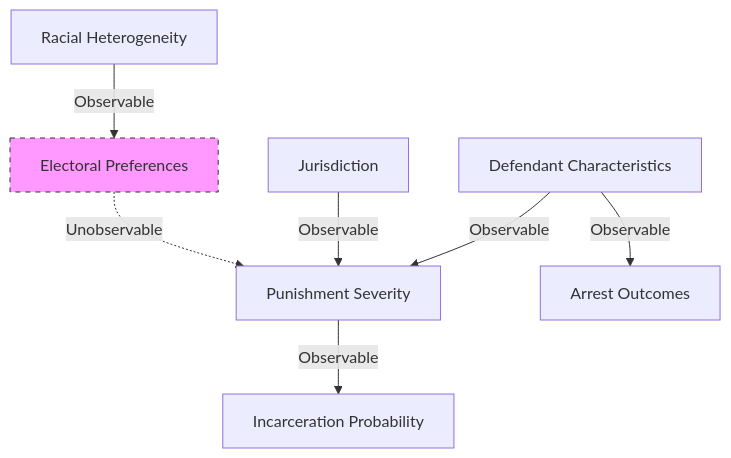
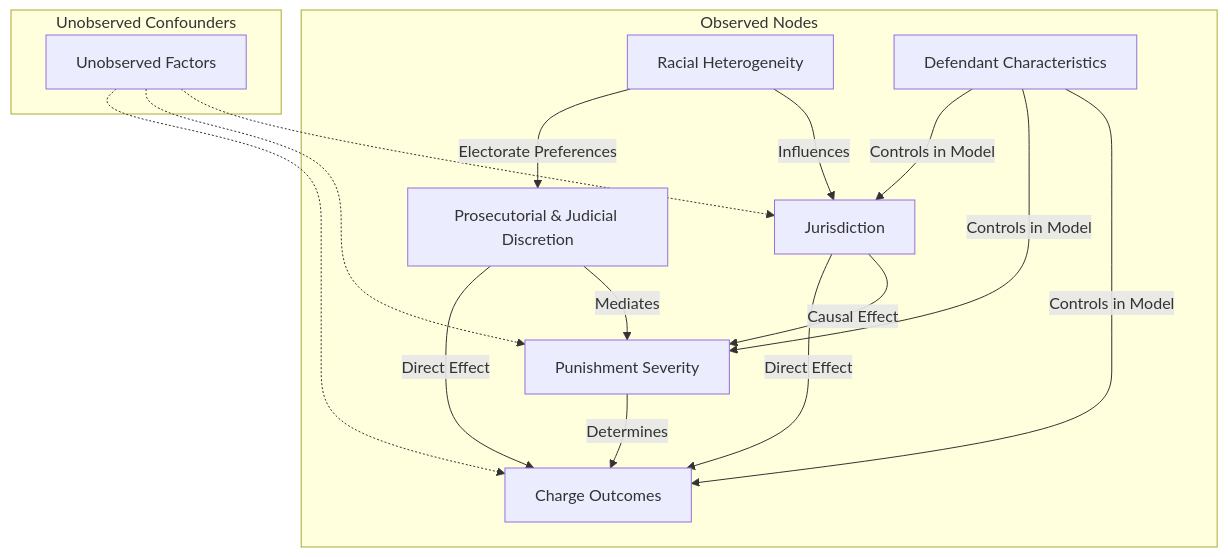
Before and after one commit to XStrachey/Casual_Inference_Reading_Review: the diagram in Racial Divisions and Criminal Justice.md, drawn with Mermaid. The commit also changed other lines of this file, not shown here.

Commit message:
Update Racial Divisions and Criminal Justice.md

````diff
--- a/Racial Divisions and Criminal Justice.md
+++ b/Racial Divisions and Criminal Justice.md
@@ -1,14 +6,21 @@
 ```mermaid
 graph TD;
-    %% 定义节点
-    A[Racial Heterogeneity] -->|Observable| B[Electoral Preferences];
-    B-.->|Unobservable| C[Punishment Severity];
-    D[Jurisdiction] -->|Observable| C;
-    E[Defendant Characteristics] -->|Observable| C;
-    E -->|Observable| F[Arrest Outcomes];
-    C -->|Observable| G[Incarceration Probability];
+    subgraph Observed Nodes
+        R[Racial Heterogeneity] -->|Influences| J[Jurisdiction];
+        R -->|Electorate Preferences| P[Prosecutorial & Judicial Discretion];
+        J -->|Causal Effect| S[Punishment Severity];
+        P -->|Mediates| S;
+        S -->|Determines| C[Charge Outcomes];
+        J -->|Direct Effect| C;
+        P -->|Direct Effect| C;
+        X[Defendant Characteristics] -->|Controls in Model| C;
+        X -->|Controls in Model| S;
+        X -->|Controls in Model| J;
+    end
 
-    %% 额外样式，区分不可观测变量
-    classDef unobservable fill:#f9f,stroke:#333,stroke-dasharray:5 5;
-    class B unobservable;
+    subgraph Unobserved Confounders
+        U[Unobserved Factors] -.-> J;
+        U -.-> S;
+        U -.-> C;
+    end
 ```
````
